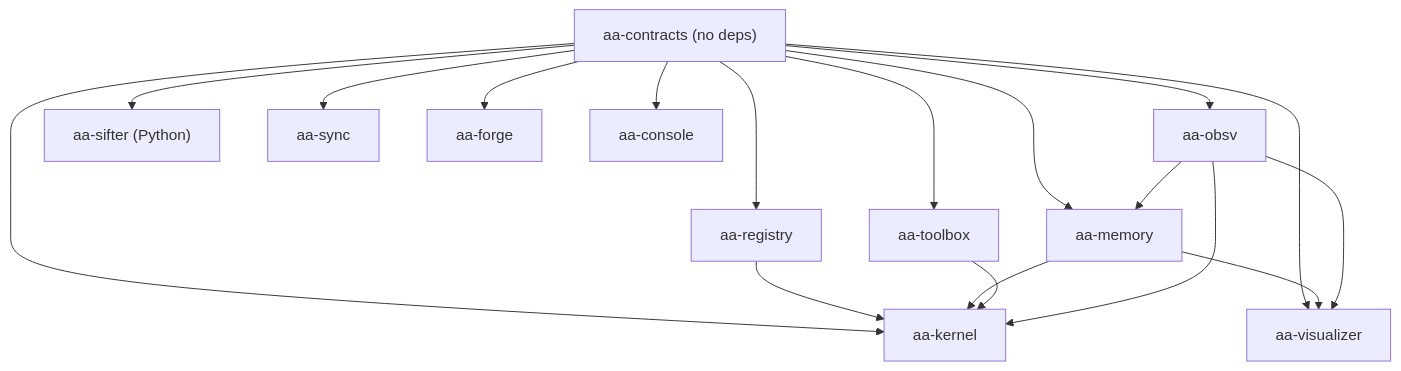
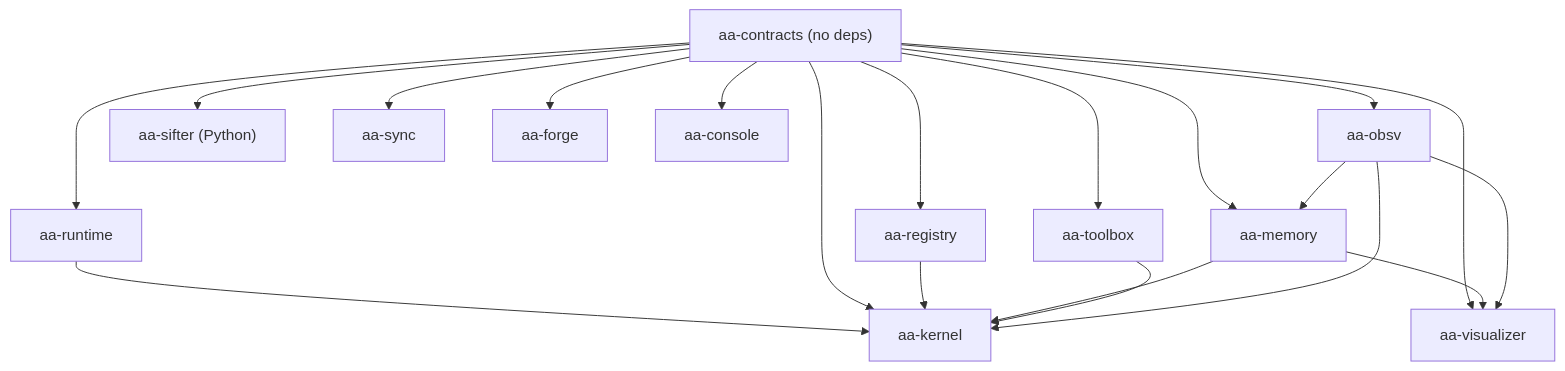
One commit to greadee/aa changed the third of 6 diagrams in docs/architecture/README.md. Above: the diagram before and after it, drawn with Mermaid. The commit also changed other lines of this file and 30 other files, not shown here.

````diff
--- a/docs/architecture/README.md
+++ b/docs/architecture/README.md
@@ -186,32 +188,35 @@
 ```mermaid
 flowchart TD
     contracts["aa-contracts (no deps)"]
     registry["aa-registry"]
     obsv["aa-obsv"]
     memory["aa-memory"]
     sifter["aa-sifter (Python)"]
     sync["aa-sync"]
     toolbox["aa-toolbox"]
     forge["aa-forge"]
+    runtime["aa-runtime"]
     kernel["aa-kernel"]
     visualizer["aa-visualizer"]
     console["aa-console"]
 
     contracts --> registry
+    contracts --> runtime
+    runtime --> kernel
     contracts --> obsv
     contracts --> memory
     contracts --> sifter
     contracts --> sync
     contracts --> toolbox
     contracts --> forge
     contracts --> kernel
     contracts --> visualizer
     contracts --> console
     registry --> kernel
     obsv --> memory
     memory --> kernel
     toolbox --> kernel
     obsv --> kernel
     memory --> visualizer
     obsv --> visualizer
 ```
````
